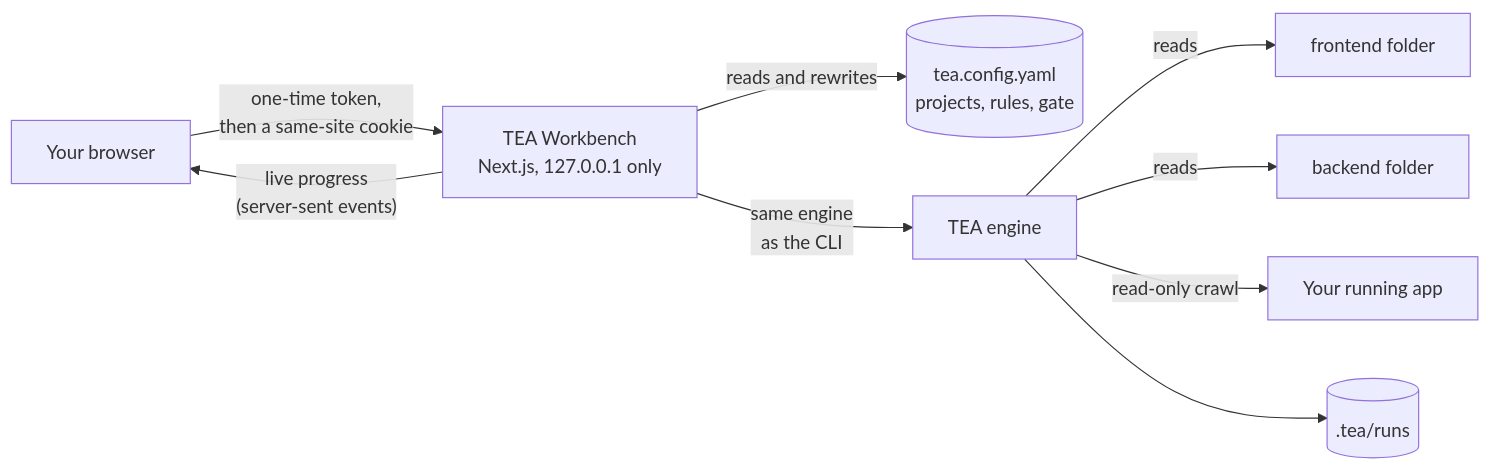
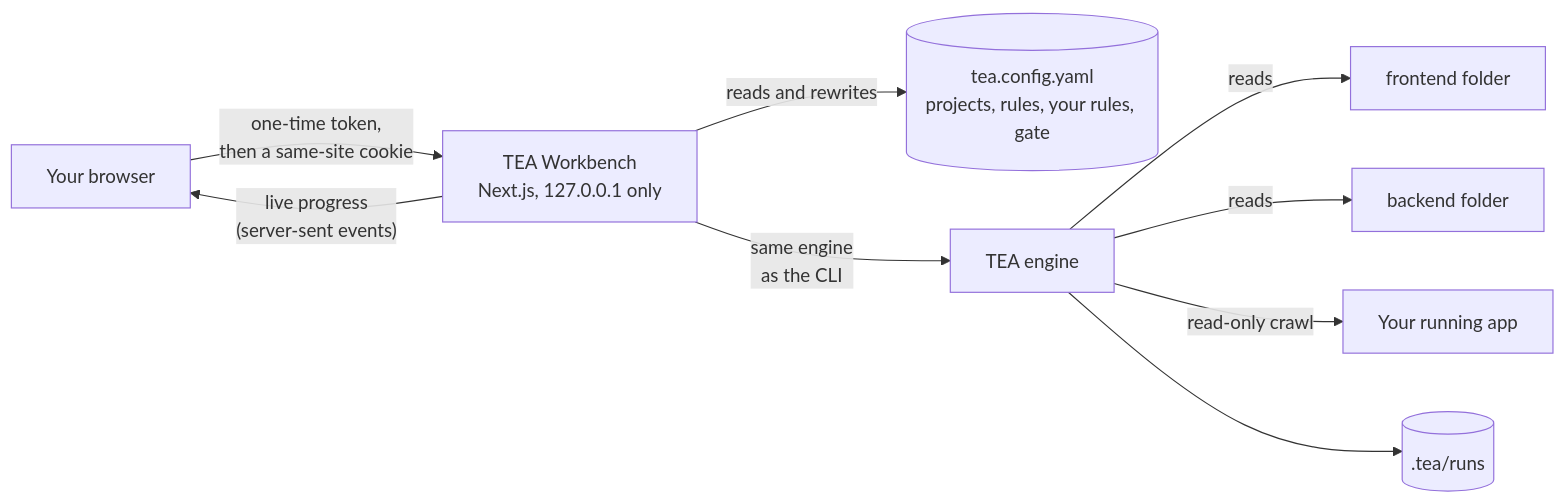
The first of 9 diagrams in README.md (deepbratt/TEA), drawn with Mermaid before and after one commit. The commit also changed other lines of this file and 63 other files, not shown here.

First line of the commit message:
Everything open source, your own rules, presets for non-techs, motion, README guide

````diff
--- a/README.md
+++ b/README.md
@@ -137,11 +160,11 @@
 ```mermaid
 flowchart LR
     B[Your browser] -- "one-time token,<br/>then a same-site cookie" --> W[TEA Workbench<br/>Next.js, 127.0.0.1 only]
-    W -- "reads and rewrites" --> C[(tea.config.yaml<br/>projects, rules, gate)]
+    W -- "reads and rewrites" --> C[(tea.config.yaml<br/>projects, rules, your rules, gate)]
     W -- "same engine<br/>as the CLI" --> E[TEA engine]
     E -- "reads" --> F1[frontend folder]
     E -- "reads" --> F2[backend folder]
     E -- "read-only crawl" --> A[Your running app]
     E --> R[(.tea/runs)]
     W -- "live progress<br/>(server-sent events)" --> B
 ```
````
